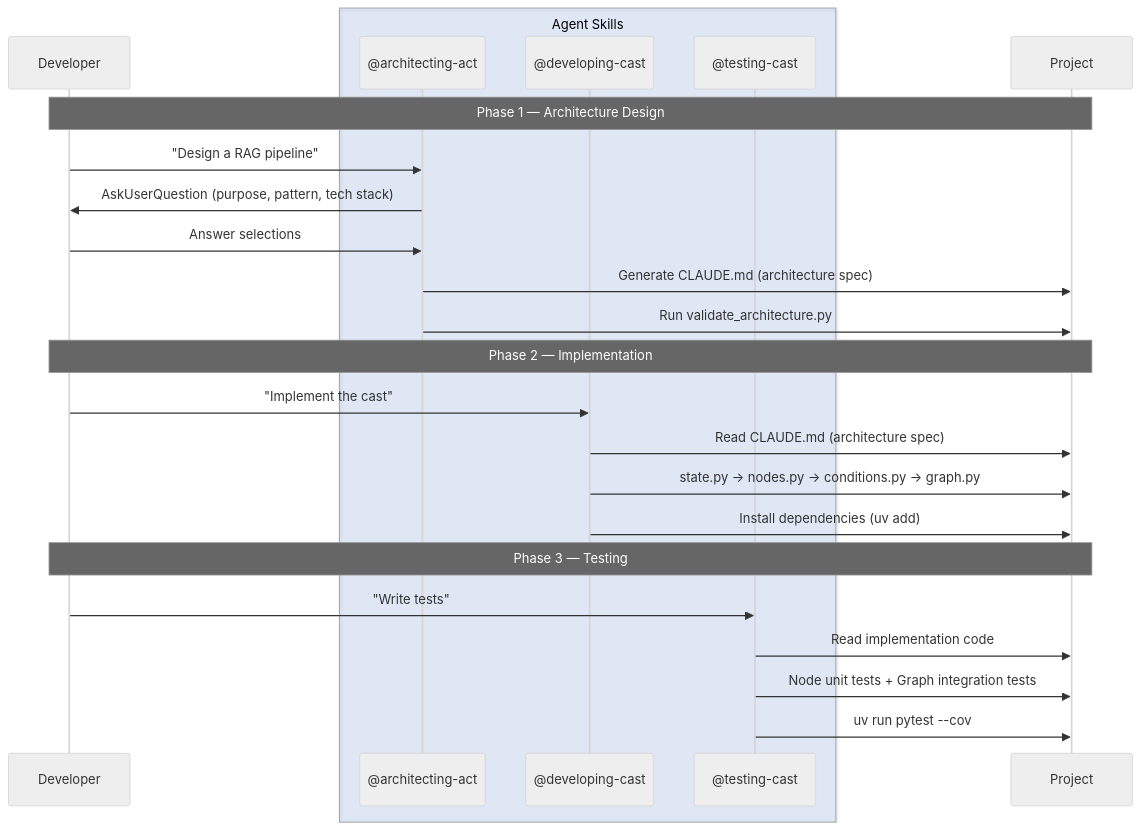
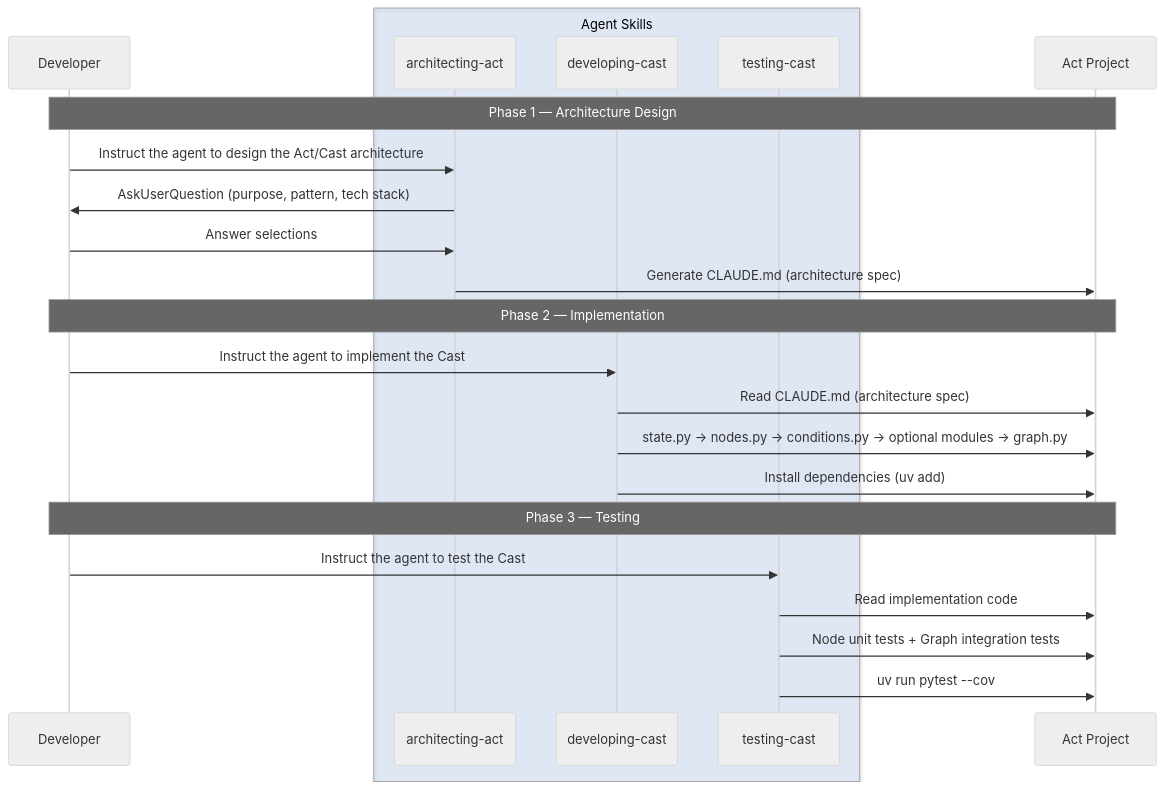
Before and after one commit to Proact0/act-operator: the third of 3 diagrams in README.md, drawn with Mermaid (neutral theme). The commit also changed 1 other file, not shown here.

Commit message:
docs: update participant labels in sequence diagrams of README for consistency and clarity

````diff
--- a/README.md
+++ b/README.md
@@ -224,29 +224,28 @@
 ```mermaid
 sequenceDiagram
     participant U as Developer
     box rgba(100, 149, 237, 0.15) Agent Skills
-        participant AA as @architecting-act
-        participant DC as @developing-cast
-        participant TC as @testing-cast
+        participant AA as architecting-act
+        participant DC as developing-cast
+        participant TC as testing-cast
     end
-    participant P as Project
+    participant P as Act Project
 
     Note over U,P: Phase 1 — Architecture Design
-    U->>AA: "Design a RAG pipeline"
+    U->>AA: Instruct the agent to design the Act/Cast architecture
     AA->>U: AskUserQuestion (purpose, pattern, tech stack)
     U->>AA: Answer selections
     AA->>P: Generate CLAUDE.md (architecture spec)
-    AA->>P: Run validate_architecture.py
 
     Note over U,P: Phase 2 — Implementation
-    U->>DC: "Implement the cast"
+    U->>DC: Instruct the agent to implement the Cast
     DC->>P: Read CLAUDE.md (architecture spec)
-    DC->>P: state.py → nodes.py → conditions.py → graph.py
+    DC->>P: state.py → nodes.py → conditions.py → optional modules → graph.py
     DC->>P: Install dependencies (uv add)
 
     Note over U,P: Phase 3 — Testing
-    U->>TC: "Write tests"
+    U->>TC: Instruct the agent to test the Cast 
     TC->>P: Read implementation code
     TC->>P: Node unit tests + Graph integration tests
     TC->>P: uv run pytest --cov
 ```
````
